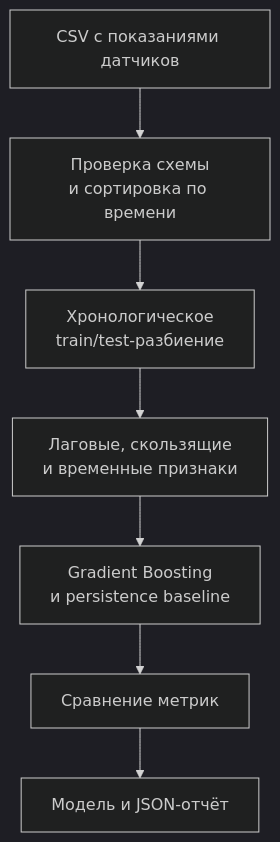
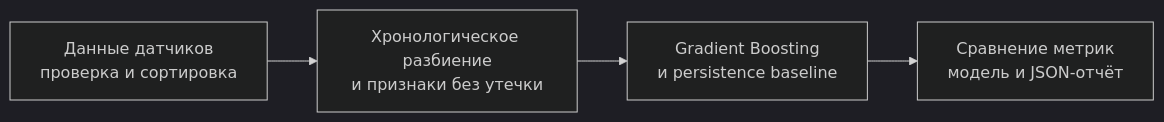
One commit to TheEdfog/methane-forecasting changed the diagram in README.md. Above: the diagram before and after it, drawn with Mermaid (dark theme).

Commit message:
docs: compact forecasting diagram

````diff
--- a/README.md
+++ b/README.md
@@ -18,9 +18,6 @@
 ```mermaid
-flowchart TD
-    source["CSV с показаниями датчиков"] --> validate["Проверка схемы<br/>и сортировка по времени"]
-    validate --> split["Хронологическое<br/>train/test-разбиение"]
-    split --> features["Лаговые, скользящие<br/>и временные признаки"]
+flowchart LR
+    source["Данные датчиков<br/>проверка и сортировка"] --> features["Хронологическое разбиение<br/>и признаки без утечки"]
     features --> models["Gradient Boosting<br/>и persistence baseline"]
-    models --> compare["Сравнение метрик"]
-    compare --> artifacts["Модель и JSON-отчёт"]
+    models --> artifacts["Сравнение метрик<br/>модель и JSON-отчёт"]
 ```
````
